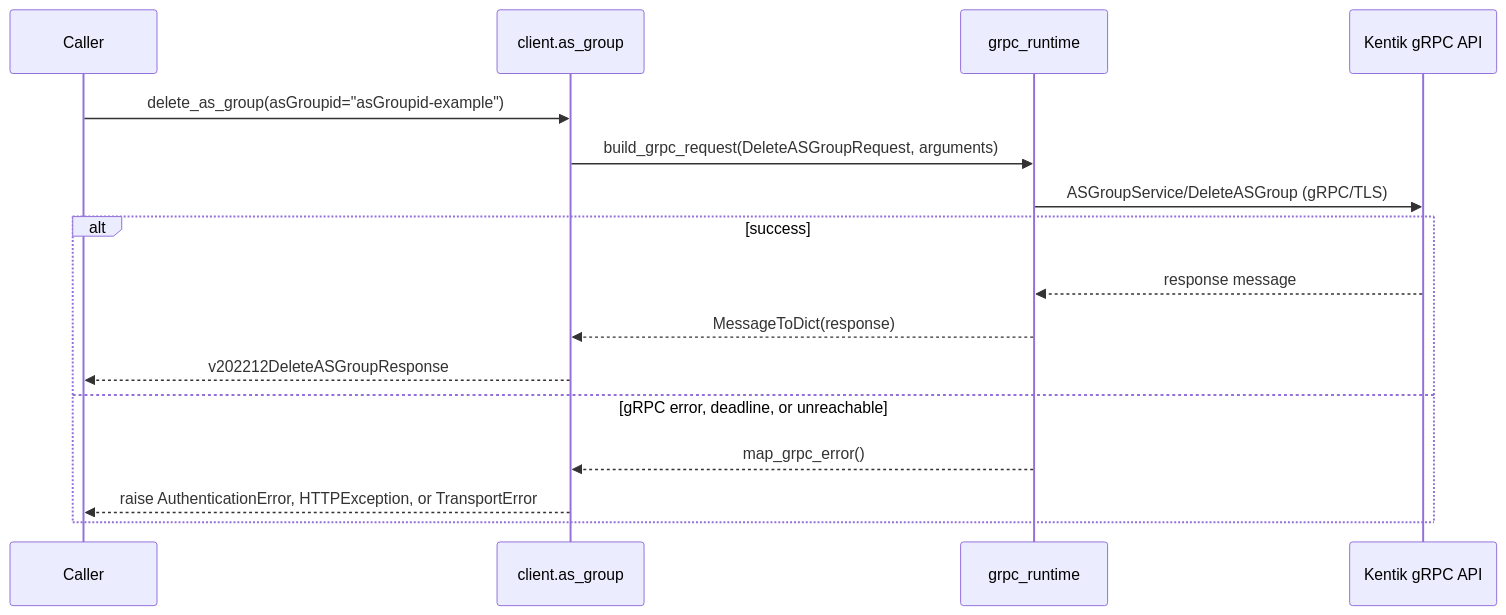
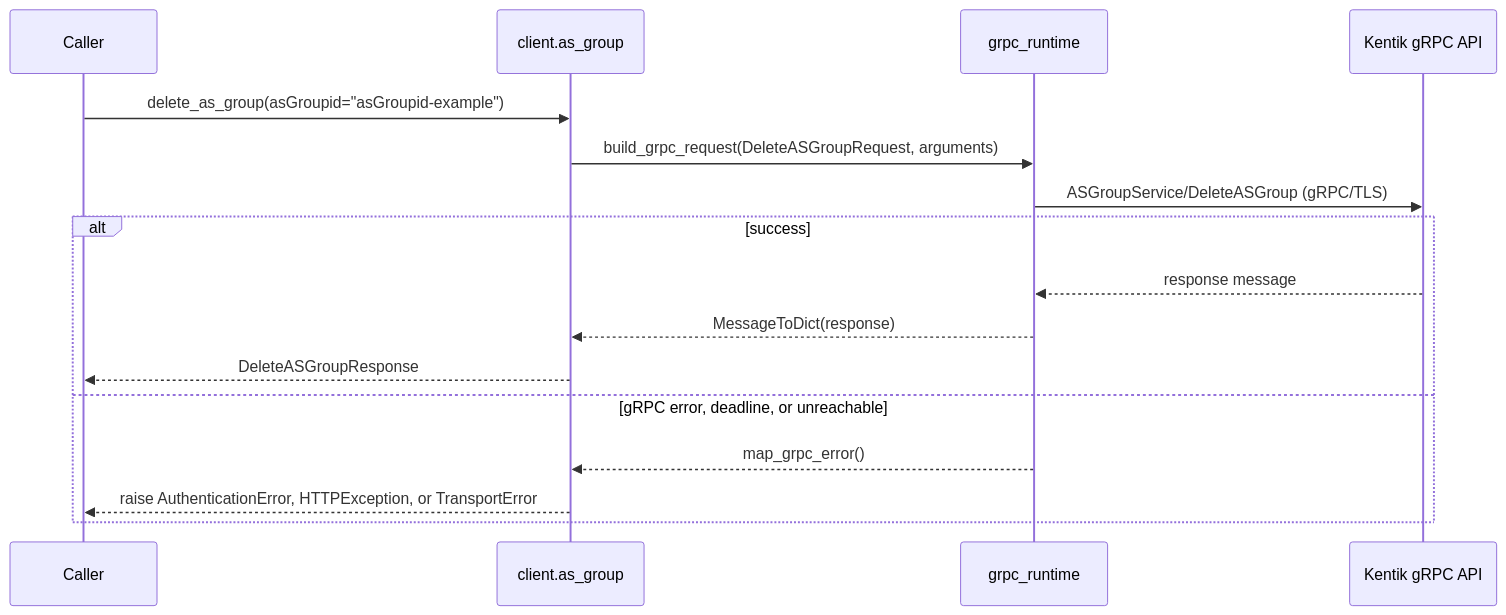
Before and after one commit to alexdearaujo/community_sdk_python: diagram 11 of 12 in docs/sphinx/services/as_group.md, drawn with Mermaid. The commit also changed other lines of this file and 38 other files, not shown here.

````diff
--- a/docs/sphinx/services/as_group.md
+++ b/docs/sphinx/services/as_group.md
@@ -357,19 +357,19 @@
 ```mermaid
 sequenceDiagram
     participant C as Caller
     participant W as client.as_group
     participant R as grpc_runtime
     participant API as Kentik gRPC API
 
     C->>W: delete_as_group(asGroupid="asGroupid-example")
     W->>R: build_grpc_request(DeleteASGroupRequest, arguments)
     R->>API: ASGroupService/DeleteASGroup (gRPC/TLS)
     alt success
         API-->>R: response message
         R-->>W: MessageToDict(response)
-        W-->>C: v202212DeleteASGroupResponse
+        W-->>C: DeleteASGroupResponse
     else gRPC error, deadline, or unreachable
         R-->>W: map_grpc_error()
         W-->>C: raise AuthenticationError, HTTPException, or TransportError
     end
 ```
````
